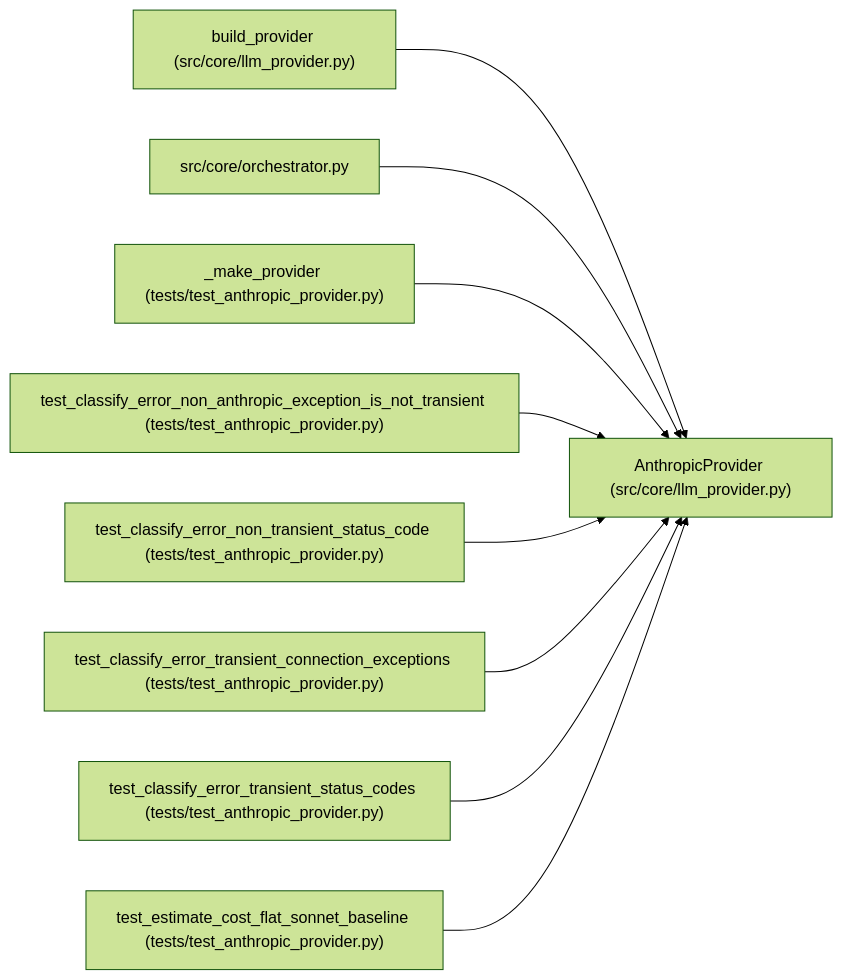
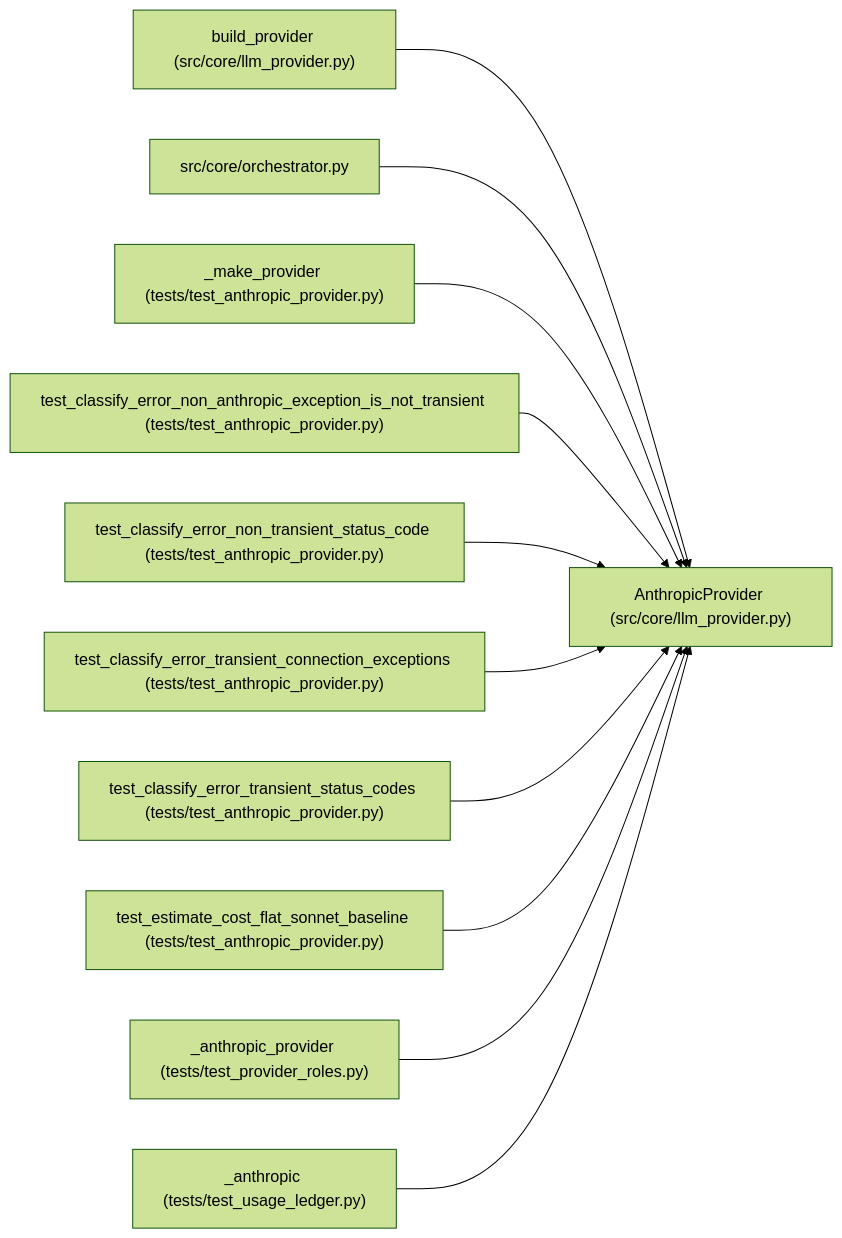
The diagram in docs/llm_wiki/entities/AnthropicProvider.md (Denissvgn/autoresearch-agent), drawn with Mermaid (forest theme) before and after one commit. The commit also changed other lines of this file and 1033 other files, not shown here.

````diff
--- a/docs/llm_wiki/entities/AnthropicProvider.md
+++ b/docs/llm_wiki/entities/AnthropicProvider.md
@@ -38,29 +39,35 @@
 ```mermaid
 flowchart LR
     n0["AnthropicProvider (src/core/llm_provider.py)"]
     n1["build_provider (src/core/llm_provider.py)"]
     n2["src/core/orchestrator.py"]
     n3["_make_provider (tests/test_anthropic_provider.py)"]
     n4["test_classify_error_non_anthropic_exception_is_not_transient (tests/test_anthropic_provider.py)"]
     n5["test_classify_error_non_transient_status_code (tests/test_anthropic_provider.py)"]
     n6["test_classify_error_transient_connection_exceptions (tests/test_anthropic_provider.py)"]
     n7["test_classify_error_transient_status_codes (tests/test_anthropic_provider.py)"]
     n8["test_estimate_cost_flat_sonnet_baseline (tests/test_anthropic_provider.py)"]
+    n9["_anthropic_provider (tests/test_provider_roles.py)"]
+    n10["_anthropic (tests/test_usage_ledger.py)"]
     n1 --> n0
     n2 --> n0
     n3 --> n0
     n4 --> n0
     n5 --> n0
     n6 --> n0
     n7 --> n0
     n8 --> n0
+    n9 --> n0
+    n10 --> n0
     click n0 "../modules/llm_provider.md"
     click n1 "../modules/llm_provider.md"
     click n2 "../modules/orchestrator.md"
     click n3 "../modules/test_anthropic_provider.md"
     click n4 "../modules/test_anthropic_provider.md"
     click n5 "../modules/test_anthropic_provider.md"
     click n6 "../modules/test_anthropic_provider.md"
     click n7 "../modules/test_anthropic_provider.md"
     click n8 "../modules/test_anthropic_provider.md"
+    click n9 "../modules/test_provider_roles.md"
+    click n10 "../modules/test_usage_ledger.md"
 ```
````
